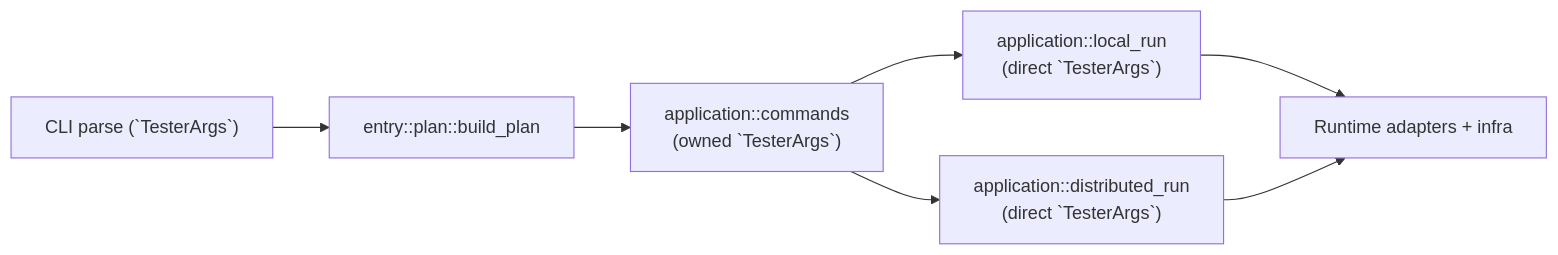
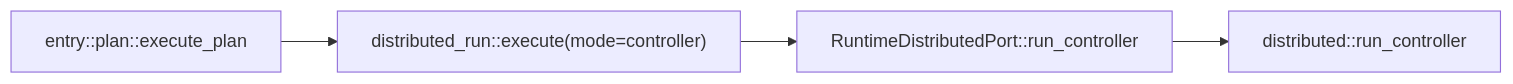
One commit to Lythaeon/strest changed the sixth of 7 diagrams in docs/architecture/ard/ARCHITECTURE_OVERVIEW.md. Above: the diagram before and after it, drawn with Mermaid. The commit also changed other lines of this file and 41 other files, not shown here.

Commit message:
feat: finalize phase7 boundaries and add architecture technical patterns

````diff
--- a/docs/architecture/ard/ARCHITECTURE_OVERVIEW.md
+++ b/docs/architecture/ard/ARCHITECTURE_OVERVIEW.md
@@ -48,13 +92,6 @@
 ```mermaid
 flowchart LR
-  cli["CLI parse (`TesterArgs`)"]
-  plan["entry::plan::build_plan"]
-  commands["application::commands\n(owned `TesterArgs`)"]
-  local["application::local_run\n(direct `TesterArgs`)"]
-  dist["application::distributed_run\n(direct `TesterArgs`)"]
-  runtime["Runtime adapters + infra"]
-
-  cli --> plan --> commands
-  commands --> local --> runtime
-  commands --> dist --> runtime
+  p["entry::plan::execute_plan"] --> a["distributed_run::execute(mode=controller)"]
+  a --> r["RuntimeDistributedPort::run_controller"]
+  r --> d["distributed::run_controller"]
 ```
````
